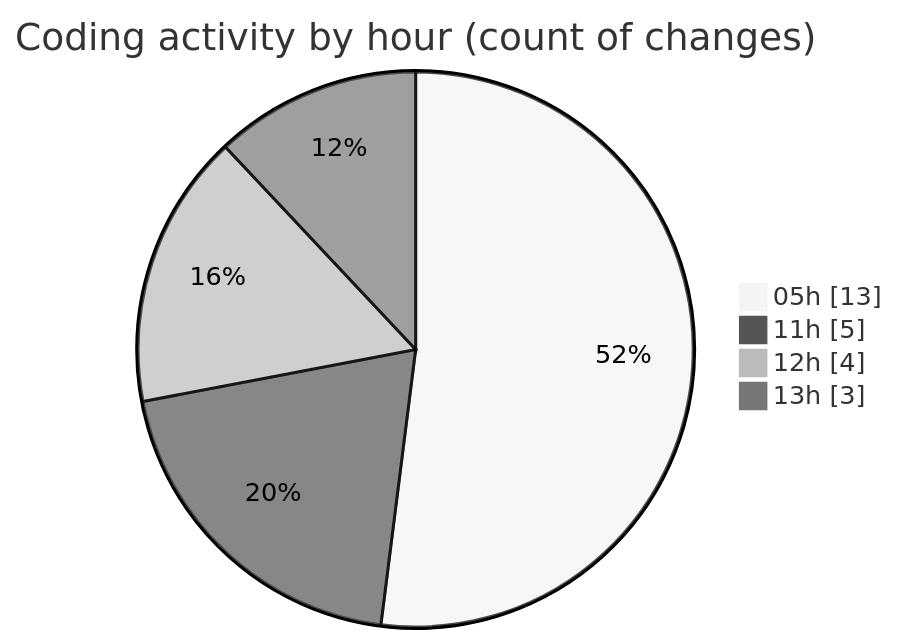
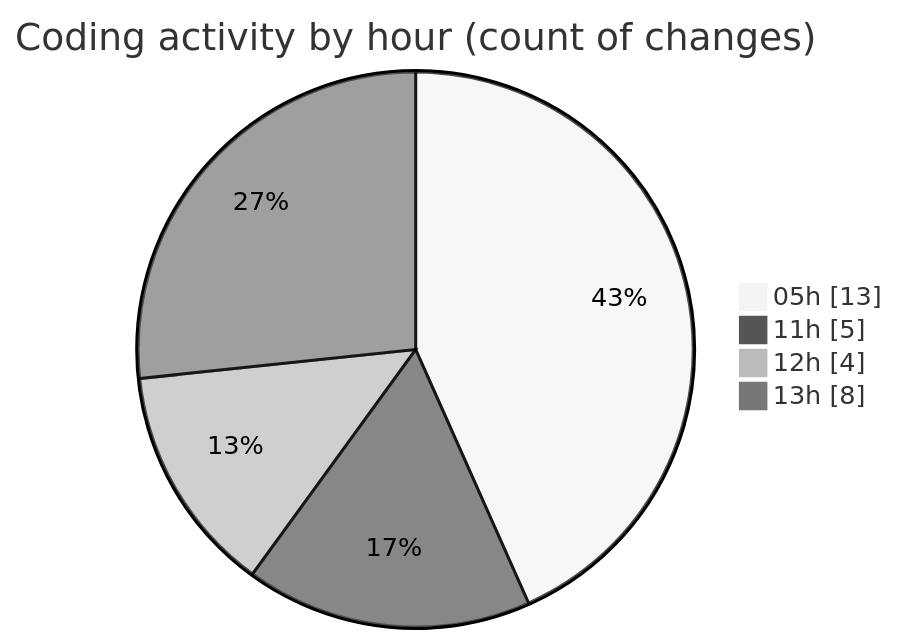
The second of 2 diagrams in 2025-09-10/hiai-phf/README.md (lephambinh05/code-tracking), drawn with Mermaid (neutral theme) before and after one commit. The commit also changed other lines of this file and 1 other file, not shown here.

````diff
--- a/2025-09-10/hiai-phf/README.md
+++ b/2025-09-10/hiai-phf/README.md
@@ -39,8 +39,8 @@
 ```mermaid
 pie showData
 title Coding activity by hour (count of changes)
 "05h" : 13
 "11h" : 5
 "12h" : 4
-"13h" : 3
+"13h" : 8
 ```
````
